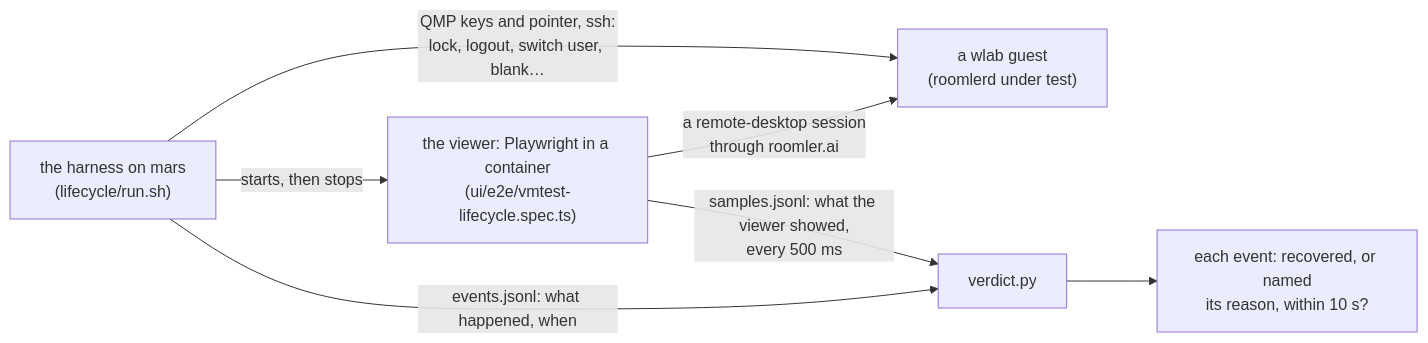
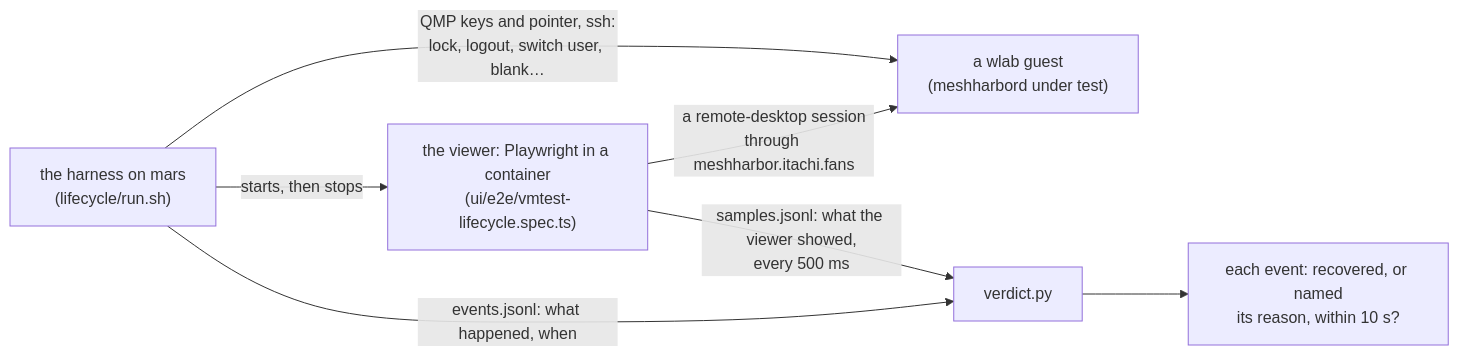
One commit to jk-zhang-meta/MeshHarbor changed the third of 3 diagrams in docs/vmtest.md. Above: the diagram before and after it, drawn with Mermaid. The commit also changed other lines of this file and 682 other files, not shown here.

````diff
--- a/docs/vmtest.md
+++ b/docs/vmtest.md
@@ -259,9 +259,9 @@
 ```mermaid
 flowchart LR
-    H["the harness on mars<br/>(lifecycle/run.sh)"] -- "QMP keys and pointer, ssh:<br/>lock, logout, switch user, blank…" --> G["a wlab guest<br/>(roomlerd under test)"]
+    H["the harness on mars<br/>(lifecycle/run.sh)"] -- "QMP keys and pointer, ssh:<br/>lock, logout, switch user, blank…" --> G["a wlab guest<br/>(meshharbord under test)"]
     H -- "starts, then stops" --> V["the viewer: Playwright in a container<br/>(ui/e2e/vmtest-lifecycle.spec.ts)"]
-    V -- "a remote-desktop session<br/>through roomler.ai" --> G
+    V -- "a remote-desktop session<br/>through meshharbor.itachi.fans" --> G
     H -- "events.jsonl: what happened, when" --> J["verdict.py"]
     V -- "samples.jsonl: what the viewer showed,<br/>every 500 ms" --> J
     J --> R["each event: recovered, or named<br/>its reason, within 10 s?"]
 ```
````
